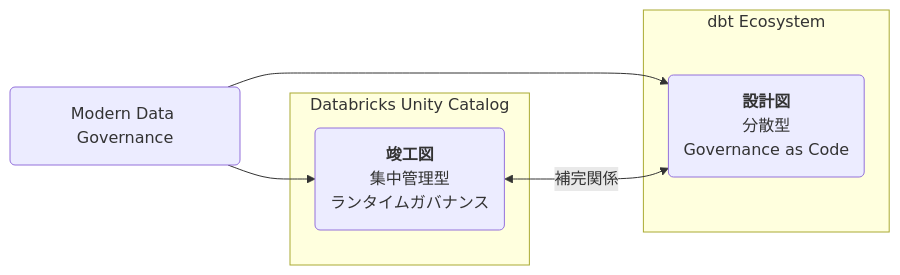
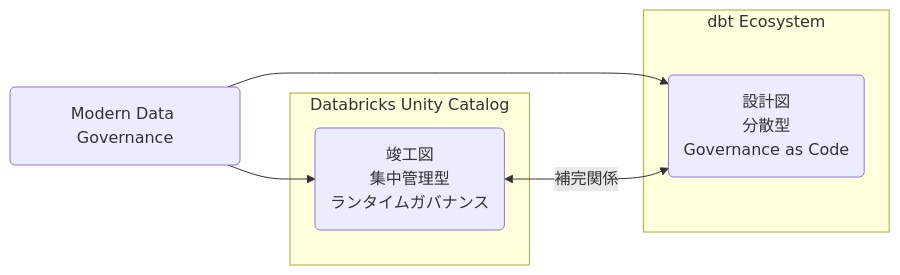
One commit to suwa-sh/zenn-contents changed the first of 5 diagrams in articles/unitiy_catalog_dbt_docs_20250908.md. Above: the diagram before and after it, drawn with Mermaid.

````diff
--- a/articles/unitiy_catalog_dbt_docs_20250908.md
+++ b/articles/unitiy_catalog_dbt_docs_20250908.md
@@ -17,16 +17,16 @@
 ```mermaid
 graph LR
     A("Modern Data Governance")
 
     subgraph "Databricks Unity Catalog"
-        B("<b>竣工図</b><br>集中管理型<br>ランタイムガバナンス")
+        B("竣工図<br>集中管理型<br>ランタイムガバナンス")
     end
 
     subgraph "dbt Ecosystem"
-        C("<b>設計図</b><br>分散型<br>Governance as Code")
+        C("設計図<br>分散型<br>Governance as Code")
     end
 
     A --> B
     A --> C
     B <-->|"補完関係"| C
 ```
````
